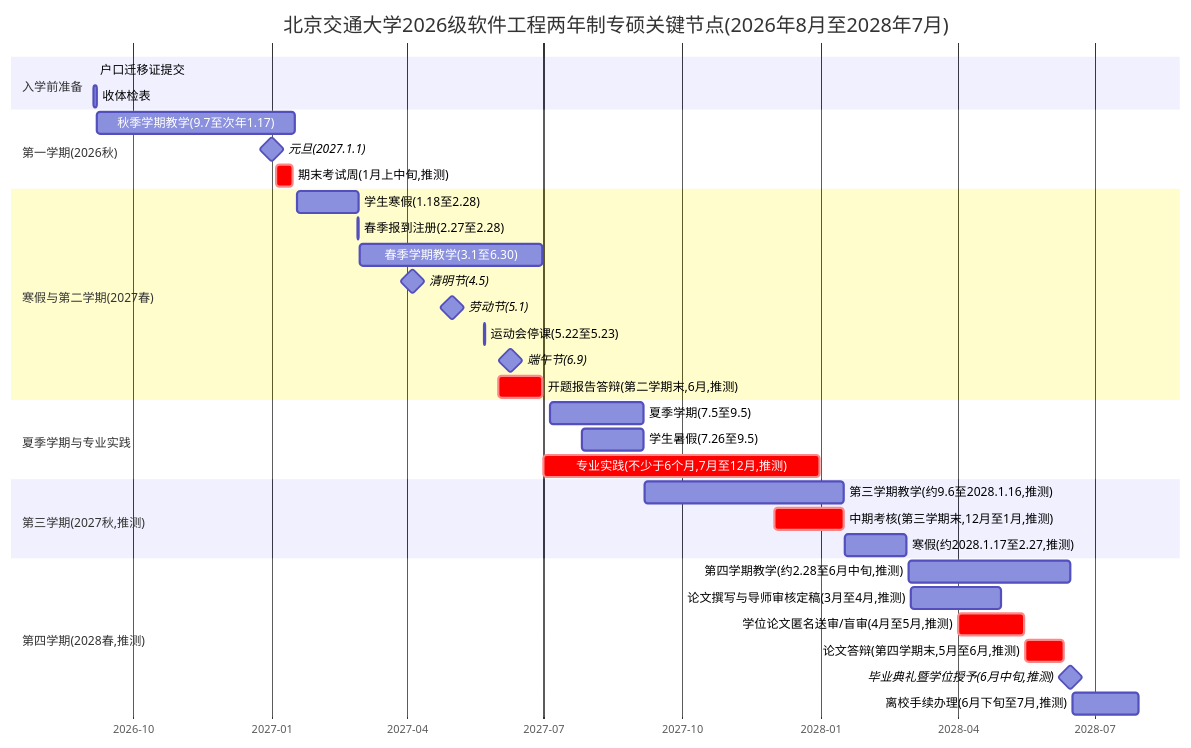
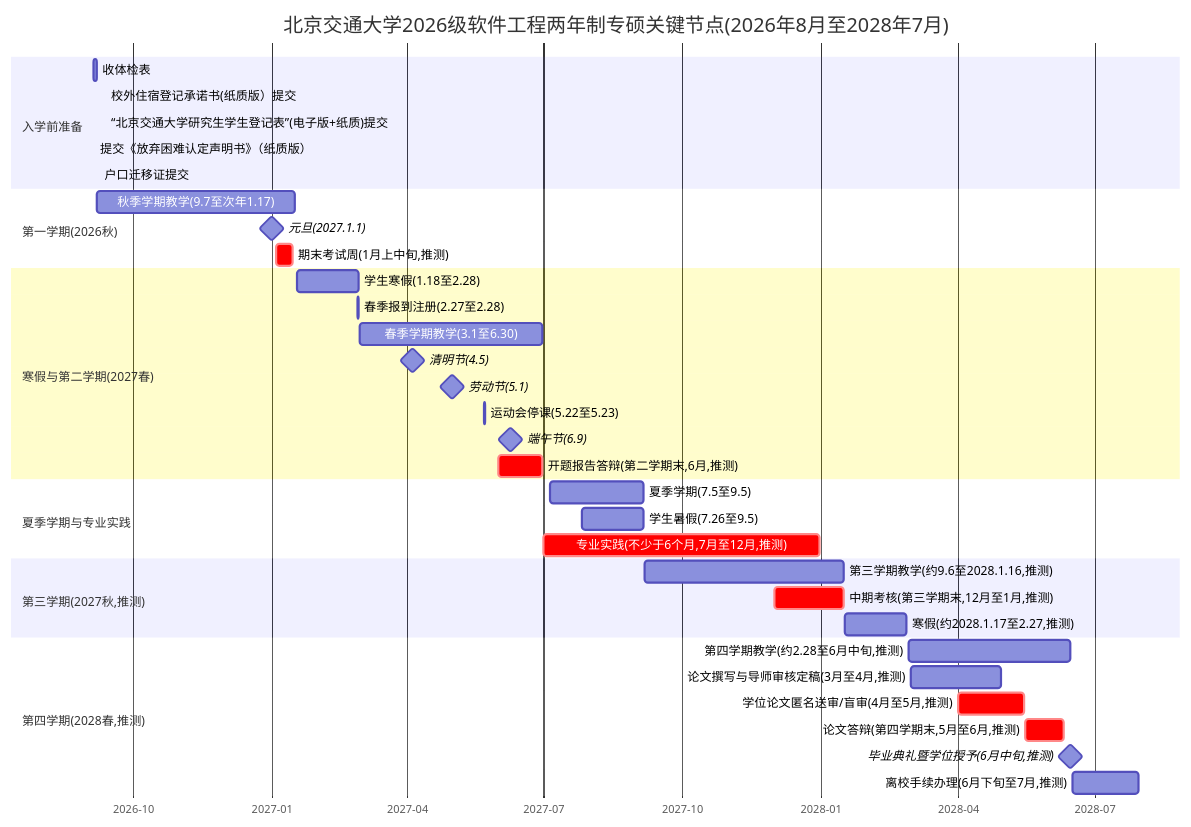
Before and after one commit to leo372239-1024/mermaid-gantt-share: the diagram in gantt.md, drawn with Mermaid.

Commit message:
sync: update: b2 户口迁移证提交

````diff
--- a/gantt.md
+++ b/gantt.md
@@ -13,39 +13,42 @@
 ```mermaid
 gantt
     title 北京交通大学2026级软件工程两年制专硕关键节点(2026年8月至2028年7月)
     dateFormat YYYY-MM-DD
     axisFormat %Y-%m
     section 入学前准备
-    户口迁移证提交 :b2, 2026-09-06, 0d
     收体检表 :b1, 2026-09-05, 2026-09-07
+    校外住宿登记承诺书(纸质版）提交 :b3, 2026-09-13, 0d
+    “北京交通大学研究生学生登记表”(电子版+纸质)提交 :b4, 2026-09-13, 0d
+    提交《放弃困难认定声明书》（纸质版） :b5, 2026-09-06, 0d
+    户口迁移证提交 :b2, 2026-09-09, 0d
     section 报到与注册
     section 开学季事务(班级通知)
     section 第一学期(2026秋)
     秋季学期教学(9.7至次年1.17) :t7, 2026-09-07, 2027-01-17
     元旦(2027.1.1) :milestone, m7, 2027-01-01, 0d
     期末考试周(1月上中旬,推测) :crit, t8, 2027-01-04, 2027-01-15
     section 寒假与第二学期(2027春)
     学生寒假(1.18至2.28) :t9, 2027-01-18, 2027-02-28
     春季报到注册(2.27至2.28) :t10, 2027-02-27, 2027-02-28
     春季学期教学(3.1至6.30) :t11, 2027-03-01, 2027-06-30
     清明节(4.5) :milestone, m8, 2027-04-05, 0d
     劳动节(5.1) :milestone, m9, 2027-05-01, 0d
     运动会停课(5.22至5.23) :t12, 2027-05-22, 2027-05-23
     端午节(6.9) :milestone, m10, 2027-06-09, 0d
     开题报告答辩(第二学期末,6月,推测) :crit, t13, 2027-06-01, 2027-06-30
     section 夏季学期与专业实践
     夏季学期(7.5至9.5) :t14, 2027-07-05, 2027-09-05
     学生暑假(7.26至9.5) :t15, 2027-07-26, 2027-09-05
     专业实践(不少于6个月,7月至12月,推测) :crit, t16, 2027-07-01, 2027-12-31
     section 第三学期(2027秋,推测)
     第三学期教学(约9.6至2028.1.16,推测) :t17, 2027-09-06, 2028-01-16
     中期考核(第三学期末,12月至1月,推测) :crit, t18, 2027-12-01, 2028-01-16
     寒假(约2028.1.17至2.27,推测) :t19, 2028-01-17, 2028-02-27
     section 第四学期(2028春,推测)
     第四学期教学(约2.28至6月中旬,推测) :t20, 2028-02-28, 2028-06-15
     论文撰写与导师审核定稿(3月至4月,推测) :t21, 2028-03-01, 2028-04-30
     学位论文匿名送审/盲审(4月至5月,推测) :crit, t22, 2028-04-01, 2028-05-15
     论文答辩(第四学期末,5月至6月,推测) :crit, t23, 2028-05-16, 2028-06-10
     毕业典礼暨学位授予(6月中旬,推测) :milestone, m11, 2028-06-15, 0d
     离校手续办理(6月下旬至7月,推测) :t24, 2028-06-16, 2028-07-30
 ```
````
